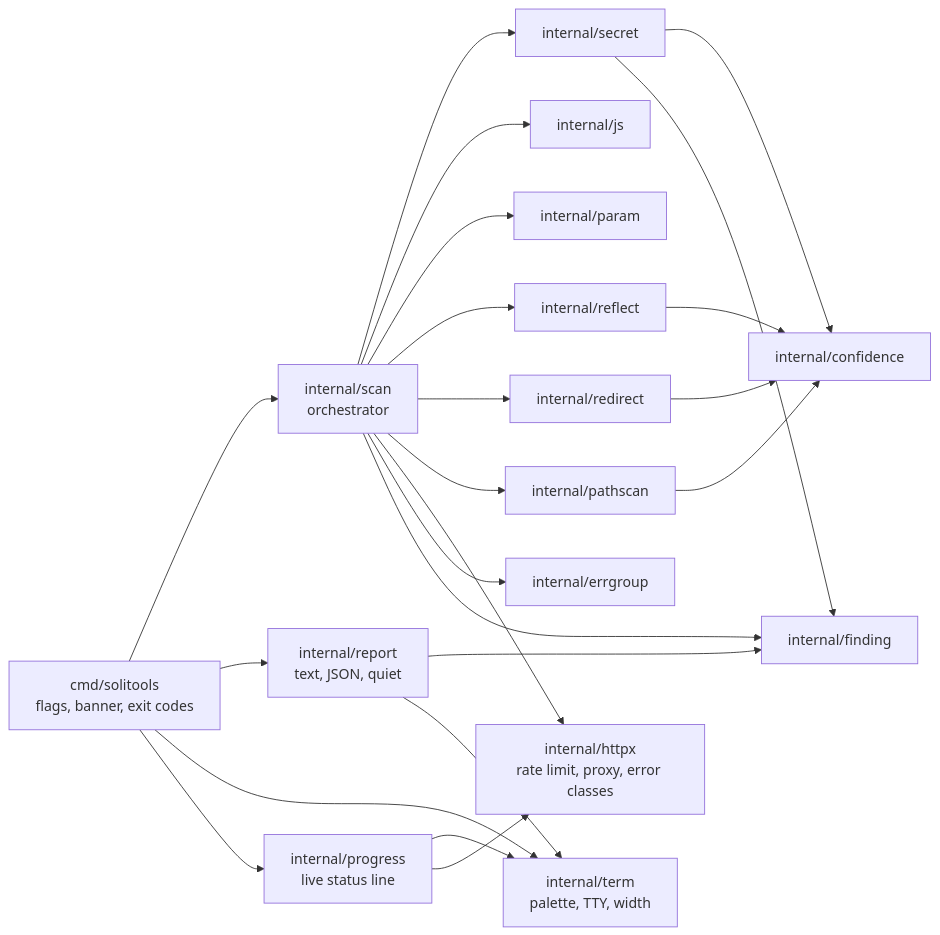
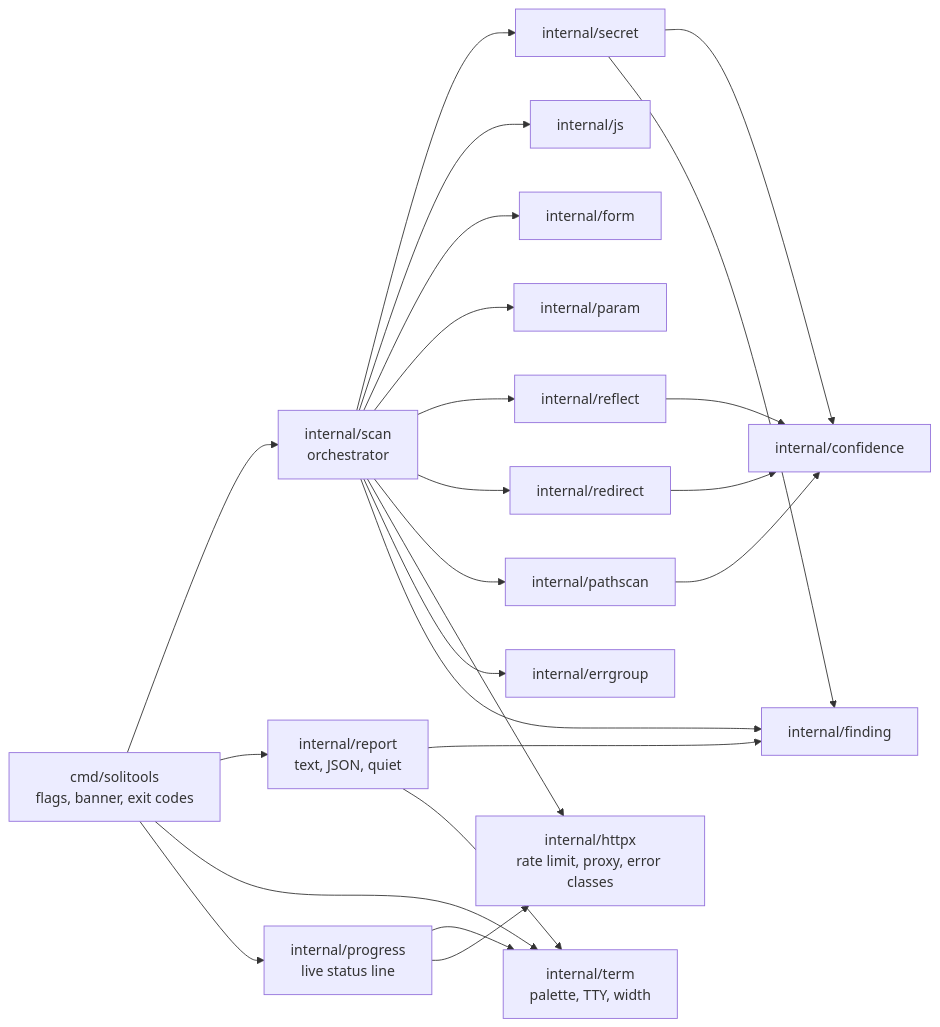
Before and after one commit to soliofski/SoliTools: the first of 7 diagrams in HANDOVER.md, drawn with Mermaid. The commit also changed other lines of this file and 14 other files, not shown here.

First line of the commit message:
feat(scan): probe POST form parameters behind -forms

````diff
--- a/HANDOVER.md
+++ b/HANDOVER.md
@@ -185,43 +188,45 @@
 ```mermaid
 flowchart LR
     CLI["cmd/solitools<br/>flags, banner, exit codes"]
     SCAN["internal/scan<br/>orchestrator"]
     REPORT["internal/report<br/>text, JSON, quiet"]
     TERM["internal/term<br/>palette, TTY, width"]
     PROG["internal/progress<br/>live status line"]
 
     SECRET["internal/secret"]
     JS["internal/js"]
+    FORM["internal/form"]
     PARAM["internal/param"]
     REFLECT["internal/reflect"]
     REDIRECT["internal/redirect"]
     PATH["internal/pathscan"]
 
     HTTP["internal/httpx<br/>rate limit, proxy, error classes"]
     EG["internal/errgroup"]
     CONF["internal/confidence"]
     FIND["internal/finding"]
 
     CLI --> SCAN
     CLI --> REPORT
     CLI --> TERM
     CLI --> PROG
     SCAN --> SECRET
     SCAN --> JS
+    SCAN --> FORM
     SCAN --> PARAM
     SCAN --> REFLECT
     SCAN --> REDIRECT
     SCAN --> PATH
     SCAN --> HTTP
     SCAN --> EG
     SCAN --> FIND
     SECRET --> CONF
     SECRET --> FIND
     REFLECT --> CONF
     REDIRECT --> CONF
     PATH --> CONF
     REPORT --> FIND
     REPORT --> TERM
     PROG --> TERM
     PROG --> HTTP
 ```
````
